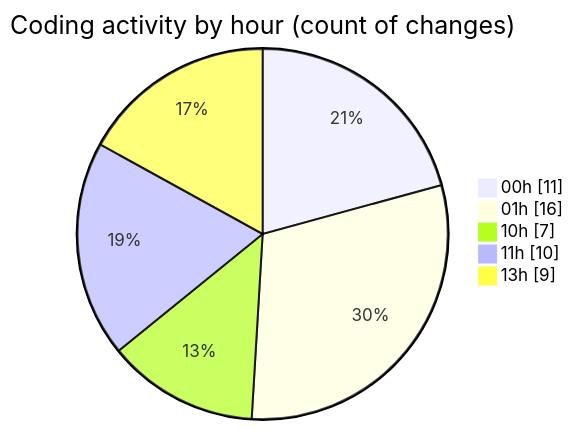
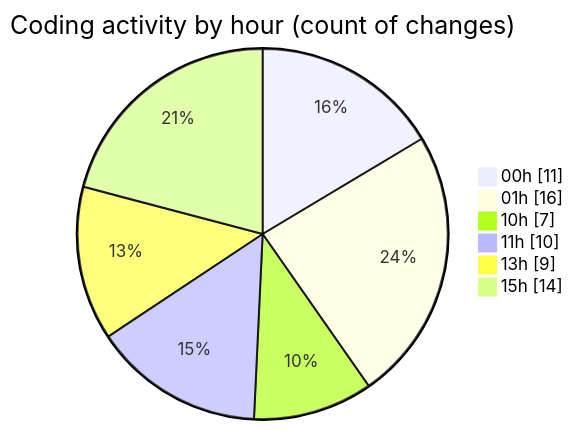
The second of 2 diagrams in 2025-10-11/eventscop-frontend-guide__workspace_/README.md (julien-gomy/code-tracking), drawn with Mermaid before and after one commit. The commit also changed other lines of this file and 1 other file, not shown here.

````diff
--- a/2025-10-11/eventscop-frontend-guide__workspace_/README.md
+++ b/2025-10-11/eventscop-frontend-guide__workspace_/README.md
@@ -44,9 +47,10 @@
 ```mermaid
 pie showData
 title Coding activity by hour (count of changes)
 "00h" : 11
 "01h" : 16
 "10h" : 7
 "11h" : 10
 "13h" : 9
+"15h" : 14
 ```
````
